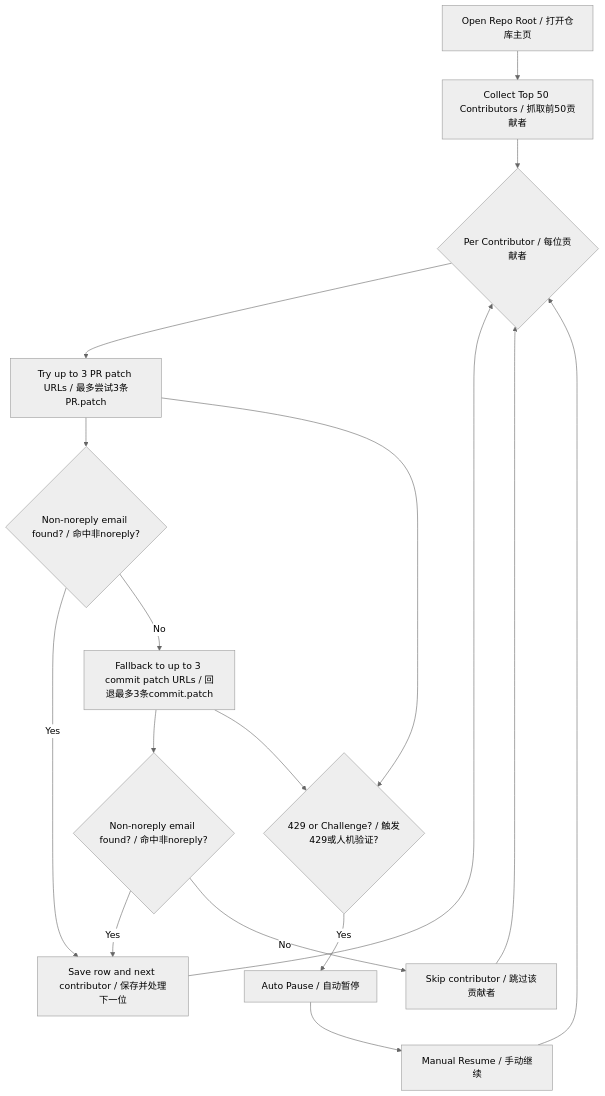
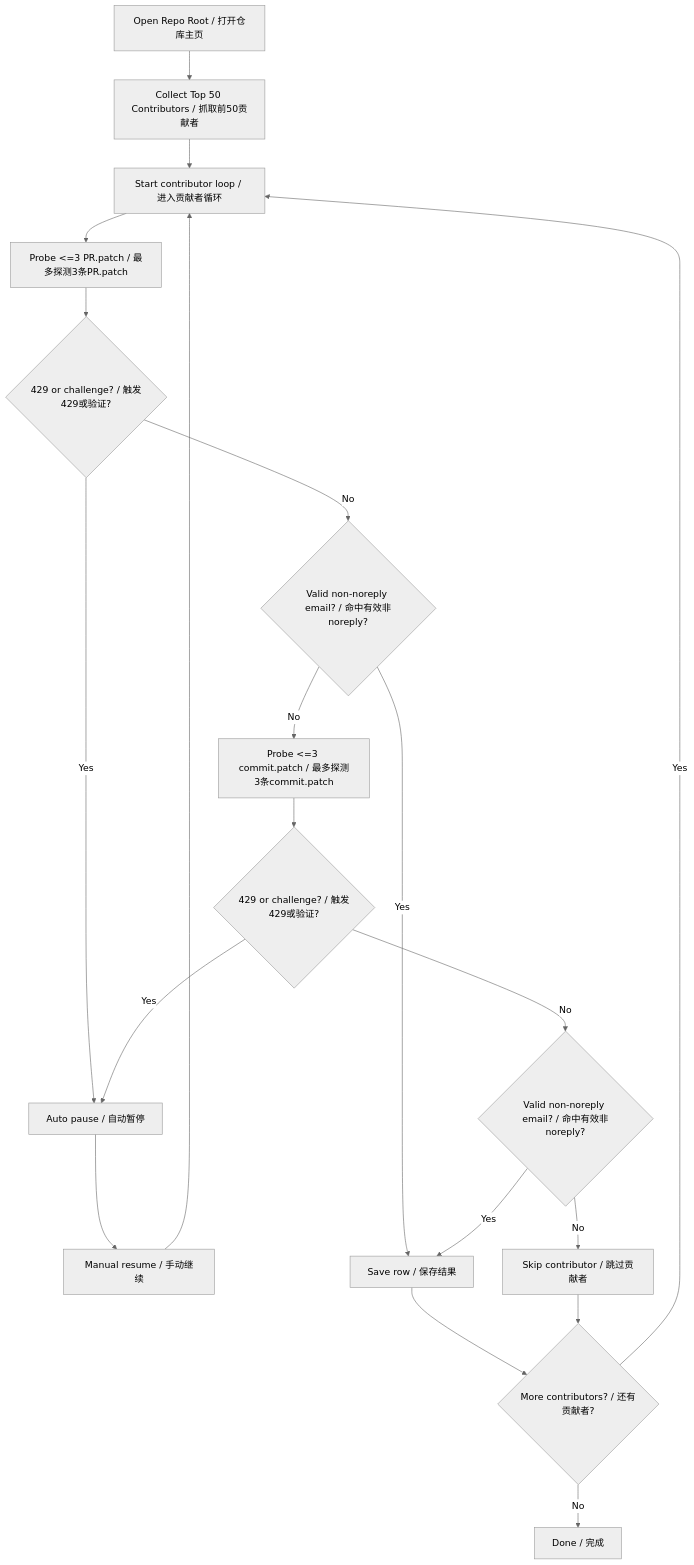
Before and after one commit to timma0812-prog/GES_Github-Email-Scanner: the diagram in README.md, drawn with Mermaid (neutral theme). The commit also changed other lines of this file, not shown here.

Commit message:
docs: simplify flowchart and update license section

````diff
--- a/README.md
+++ b/README.md
@@ -65,19 +65,22 @@
 ```mermaid
 flowchart TD
     A[Open Repo Root / 打开仓库主页] --> B[Collect Top 50 Contributors / 抓取前50贡献者]
-    B --> C{Per Contributor / 每位贡献者}
-    C --> D[Try up to 3 PR patch URLs / 最多尝试3条PR.patch]
-    D --> E{Non-noreply email found? / 命中非noreply?}
-    E -- Yes --> F[Save row and next contributor / 保存并处理下一位]
-    E -- No --> G[Fallback to up to 3 commit patch URLs / 回退最多3条commit.patch]
-    G --> H{Non-noreply email found? / 命中非noreply?}
-    H -- Yes --> F
-    H -- No --> I[Skip contributor / 跳过该贡献者]
-    D --> J{429 or Challenge? / 触发429或人机验证?}
-    G --> J
-    J -- Yes --> K[Auto Pause / 自动暂停]
-    K --> L[Manual Resume / 手动继续]
-    L --> C
-    F --> C
-    I --> C
+    B --> C[Start contributor loop / 进入贡献者循环]
+    C --> D[Probe <=3 PR.patch / 最多探测3条PR.patch]
+    D --> E{429 or challenge? / 触发429或验证?}
+    E -- Yes --> F[Auto pause / 自动暂停]
+    F --> G[Manual resume / 手动继续]
+    G --> C
+    E -- No --> H{Valid non-noreply email? / 命中有效非noreply?}
+    H -- Yes --> I[Save row / 保存结果]
+    H -- No --> J[Probe <=3 commit.patch / 最多探测3条commit.patch]
+    J --> K{429 or challenge? / 触发429或验证?}
+    K -- Yes --> F
+    K -- No --> L{Valid non-noreply email? / 命中有效非noreply?}
+    L -- Yes --> I
+    L -- No --> M[Skip contributor / 跳过贡献者]
+    I --> N{More contributors? / 还有贡献者?}
+    M --> N
+    N -- Yes --> C
+    N -- No --> O[Done / 完成]
 ```
````
